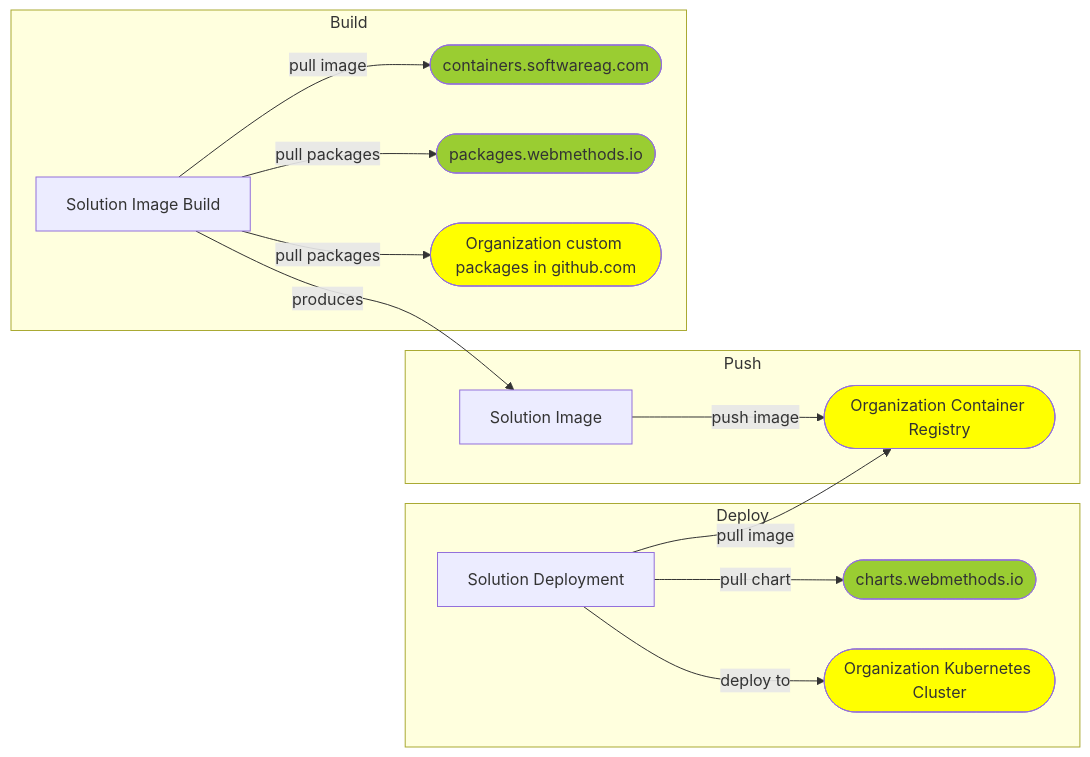
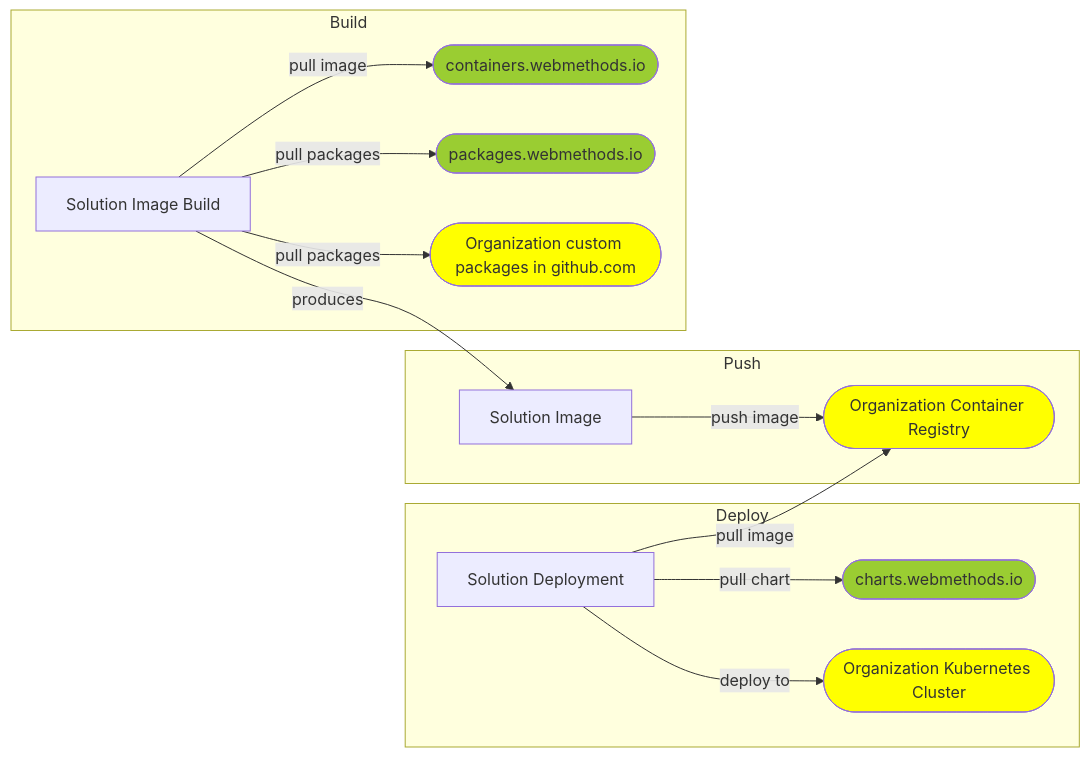
The diagram in README.md (sag-private-cloud/private-cloud-factory), drawn with Mermaid before and after one commit. The commit also changed other lines of this file, not shown here.

````diff
--- a/README.md
+++ b/README.md
@@ -25,26 +25,26 @@
 ```mermaid
 flowchart LR;
     subgraph Deploy
       G[Solution Deployment] -->|pull chart| H([charts.webmethods.io])
       G[Solution Deployment] -->|deploy to| F([Organization Kubernetes Cluster])
     end
     subgraph Push
       E[Solution Image] -->|push image| K([Organization Container Registry])
     end
    
     subgraph Build
-      B[Solution Image Build] -->|pull image| A([containers.softwareag.com]);
+      B[Solution Image Build] -->|pull image| A([containers.webmethods.io]);
       B[Solution Image Build] -->|pull packages| C([packages.webmethods.io]);
       B[Solution Image Build] -->|pull packages| D([Organization custom packages in github.com]);
     end
     G[Solution Deployment] -->|pull image| K
     B[Solution Image Build] -->|produces| E[Solution Image]
 
     style A fill:#9ACD32
     style C fill:#9ACD32
     style H fill:#9ACD32
 
     style F fill:#FFFF00
     style K fill:#FFFF00
     style D fill:#FFFF00
 ```
````
